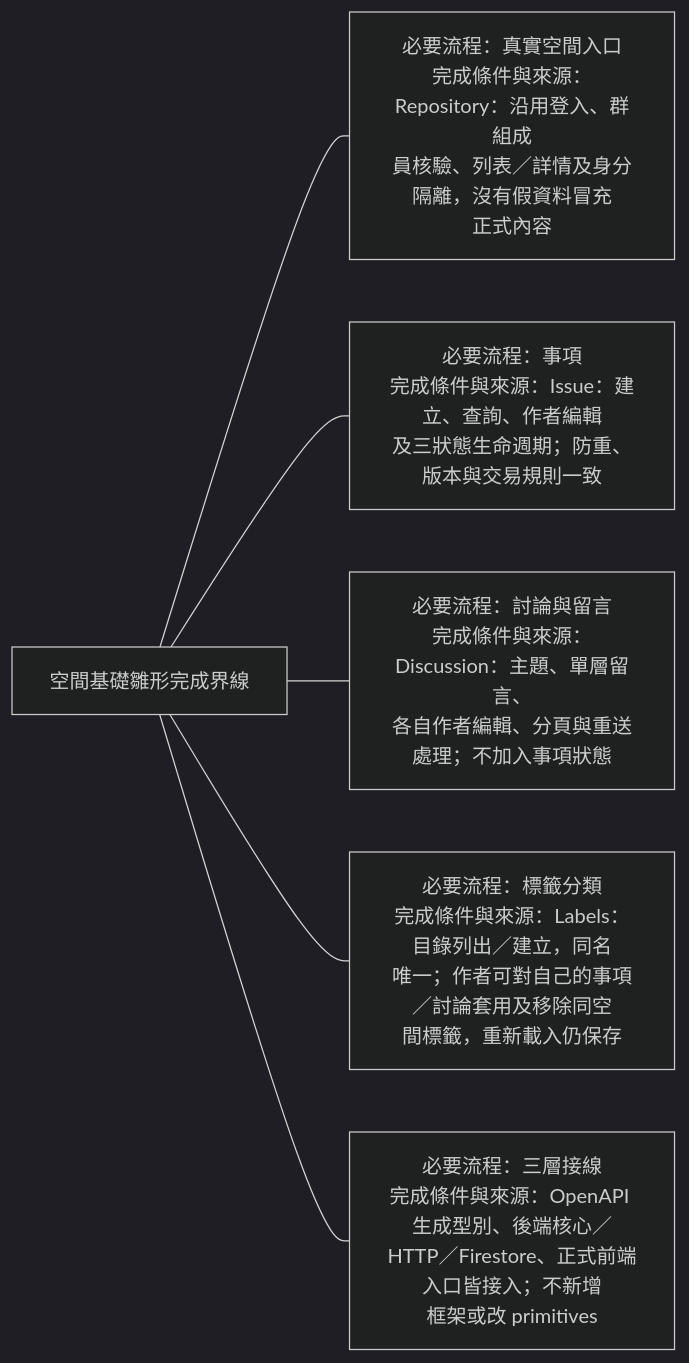
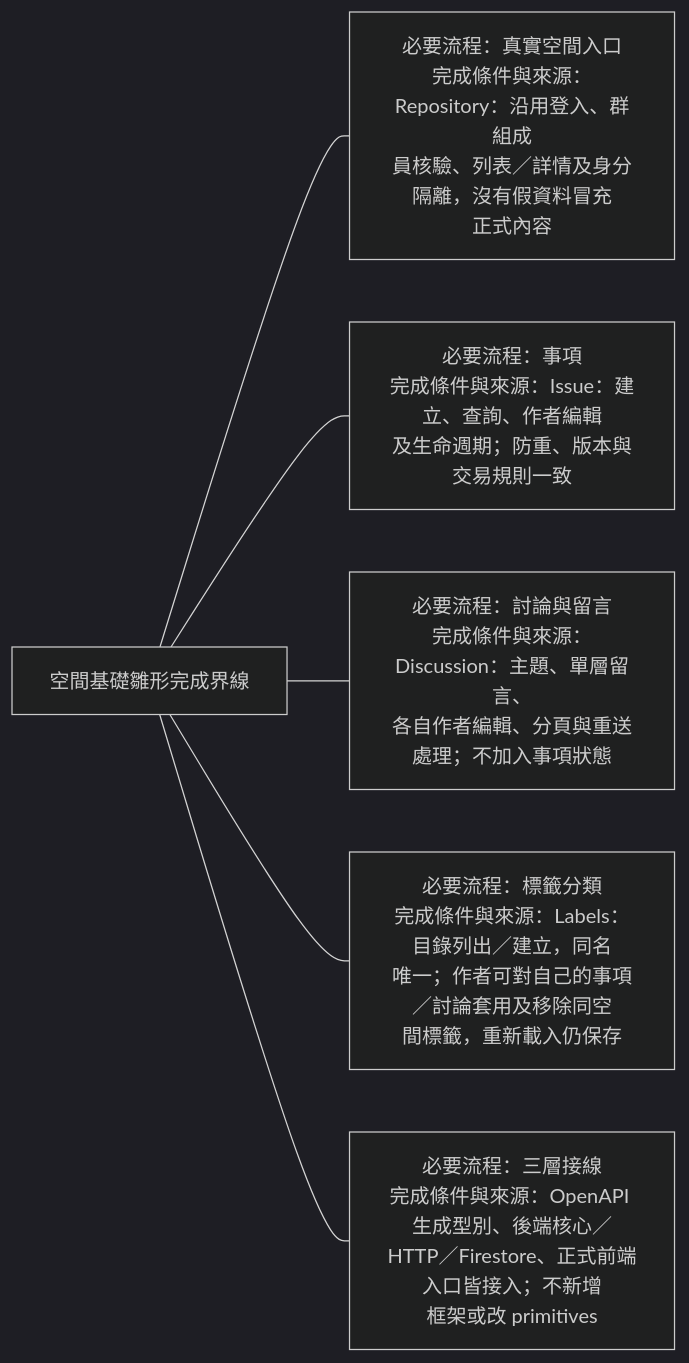
One commit to 963sup/line-mini-app-bot changed the second of 6 diagrams in docs/domains/repository/acceptance.md. Above: the diagram before and after it, drawn with Mermaid (dark theme). The commit also changed 30 other files, not shown here.

````diff
--- a/docs/domains/repository/acceptance.md
+++ b/docs/domains/repository/acceptance.md
@@ -12,13 +12,13 @@
 ```mermaid
 flowchart LR
   h["空間基礎雛形完成界線"]
   h --- n0["必要流程：真實空間入口<br/>完成條件與來源：Repository：沿用登入、群組成<br/>員核驗、列表／詳情及身分隔離，沒有假資料冒充<br/>正式內容"]
   click n0 "README.md"
-  h --- n1["必要流程：事項<br/>完成條件與來源：Issue：建立、查詢、作者編輯<br/>及三狀態生命週期；防重、版本與交易規則一致"]
+  h --- n1["必要流程：事項<br/>完成條件與來源：Issue：建立、查詢、作者編輯<br/>及生命週期；防重、版本與交易規則一致"]
   click n1 "issues.md"
   h --- n2["必要流程：討論與留言<br/>完成條件與來源：Discussion：主題、單層留言、<br/>各自作者編輯、分頁與重送處理；不加入事項狀態"]
   click n2 "discussions.md"
   h --- n3["必要流程：標籤分類<br/>完成條件與來源：Labels：目錄列出／建立，同名<br/>唯一；作者可對自己的事項／討論套用及移除同空<br/>間標籤，重新載入仍保存"]
   click n3 "labels.md"
   h --- n4["必要流程：三層接線<br/>完成條件與來源：OpenAPI 生成型別、後端核心／<br/>HTTP／Firestore、正式前端入口皆接入；不新增<br/>框架或改 primitives"]
 ```
````
